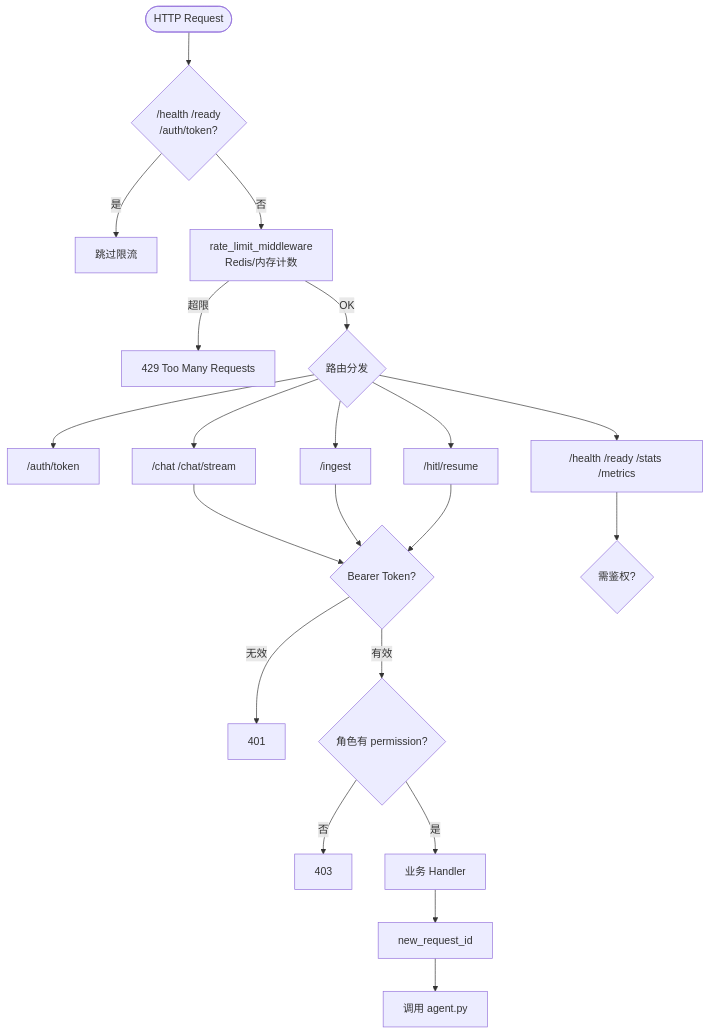
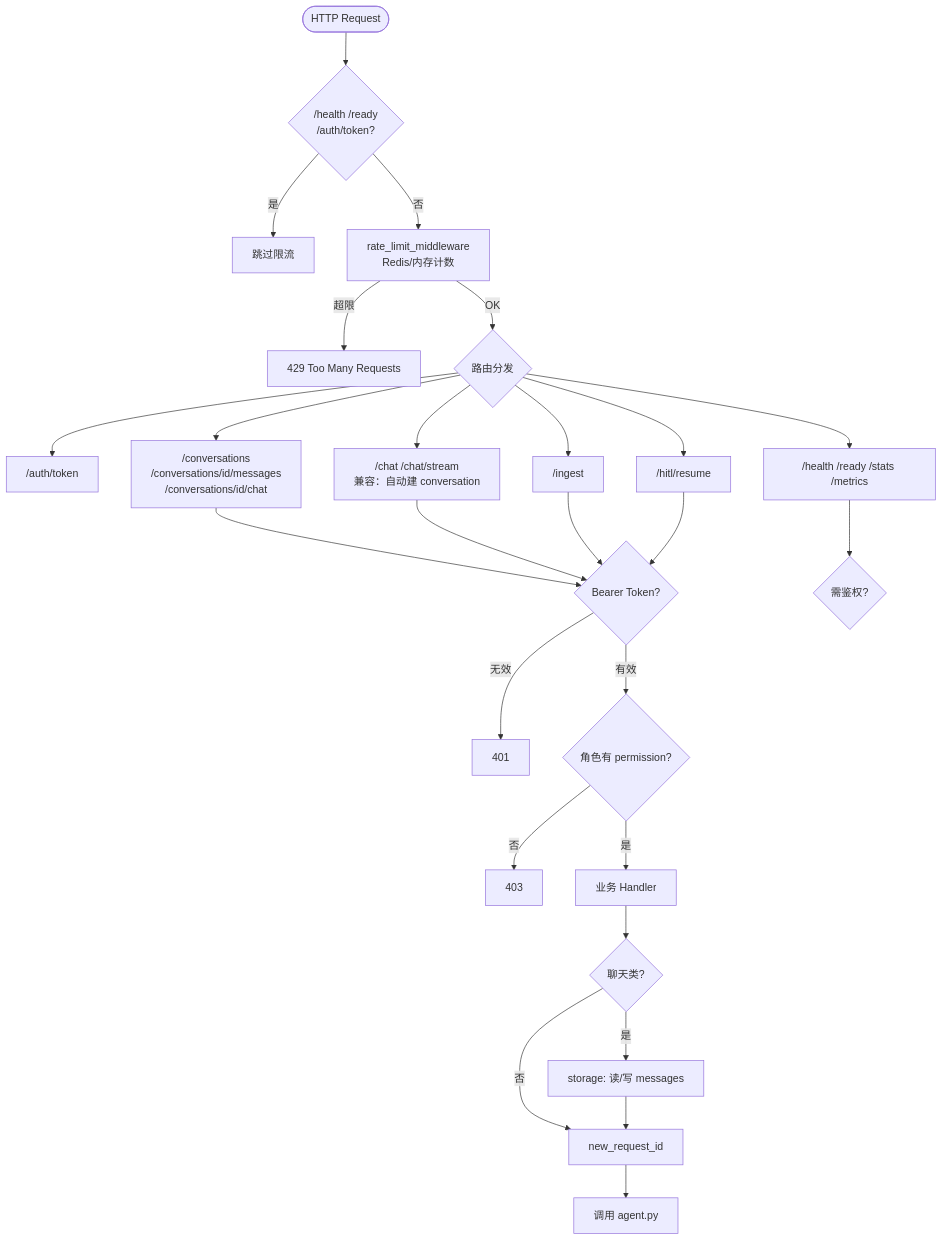
Before and after one commit to charlie-chann/ai-agent-langgraph-main: the fourth of 22 diagrams in project_00_rag_agent/docs/architecture.md, drawn with Mermaid. The commit also changed other lines of this file and 28 other files, not shown here.

Commit message:
docs(project_00): 补充架构图与 Docker/对话链路文档

````diff
--- a/project_00_rag_agent/docs/architecture.md
+++ b/project_00_rag_agent/docs/architecture.md
@@ -242,28 +255,33 @@
 ```mermaid
 flowchart TD
     REQ([HTTP Request]) --> SKIP{/health /ready<br/>/auth/token?}
     SKIP -->|是| PASS[跳过限流]
     SKIP -->|否| RL[rate_limit_middleware<br/>Redis/内存计数]
 
     RL -->|超限| E429[429 Too Many Requests]
     RL -->|OK| ROUTE{路由分发}
 
     ROUTE --> AUTH_EP["/auth/token"]
-    ROUTE --> CHAT_EP["/chat /chat/stream"]
+    ROUTE --> CONV_EP["/conversations<br/>/conversations/id/messages<br/>/conversations/id/chat"]
+    ROUTE --> CHAT_EP["/chat /chat/stream<br/>兼容：自动建 conversation"]
     ROUTE --> INGEST_EP["/ingest"]
     ROUTE --> HITL_EP["/hitl/resume"]
     ROUTE --> OPS["/health /ready /stats /metrics"]
 
-    CHAT_EP --> JWT{Bearer Token?}
+    CONV_EP --> JWT{Bearer Token?}
+    CHAT_EP --> JWT
     INGEST_EP --> JWT
     HITL_EP --> JWT
     OPS --> JWT2{需鉴权?}
 
     JWT -->|无效| E401[401]
     JWT -->|有效| RBAC{角色有 permission?}
     RBAC -->|否| E403[403]
     RBAC -->|是| HANDLER[业务 Handler]
 
-    HANDLER --> RID[new_request_id]
+    HANDLER --> CHAT_FLOW{聊天类?}
+    CHAT_FLOW -->|是| DB[storage: 读/写 messages]
+    CHAT_FLOW -->|否| RID[new_request_id]
+    DB --> RID
     RID --> AGENT_CALL[调用 agent.py]
 ```
````
